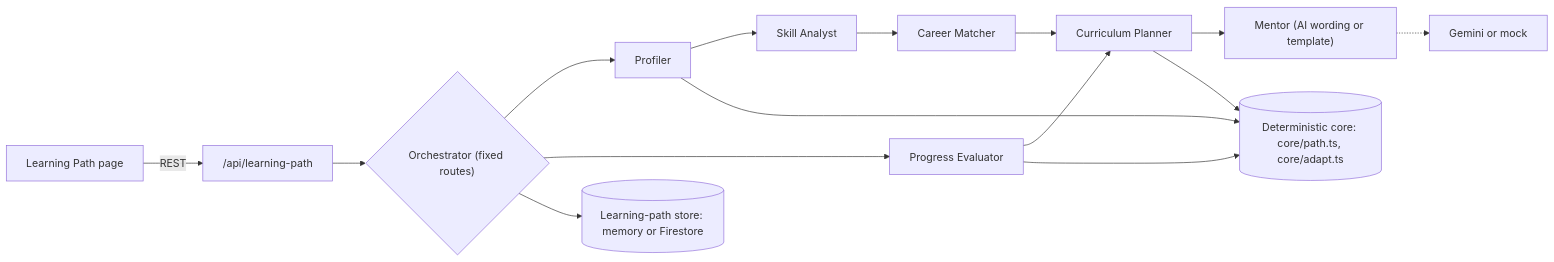
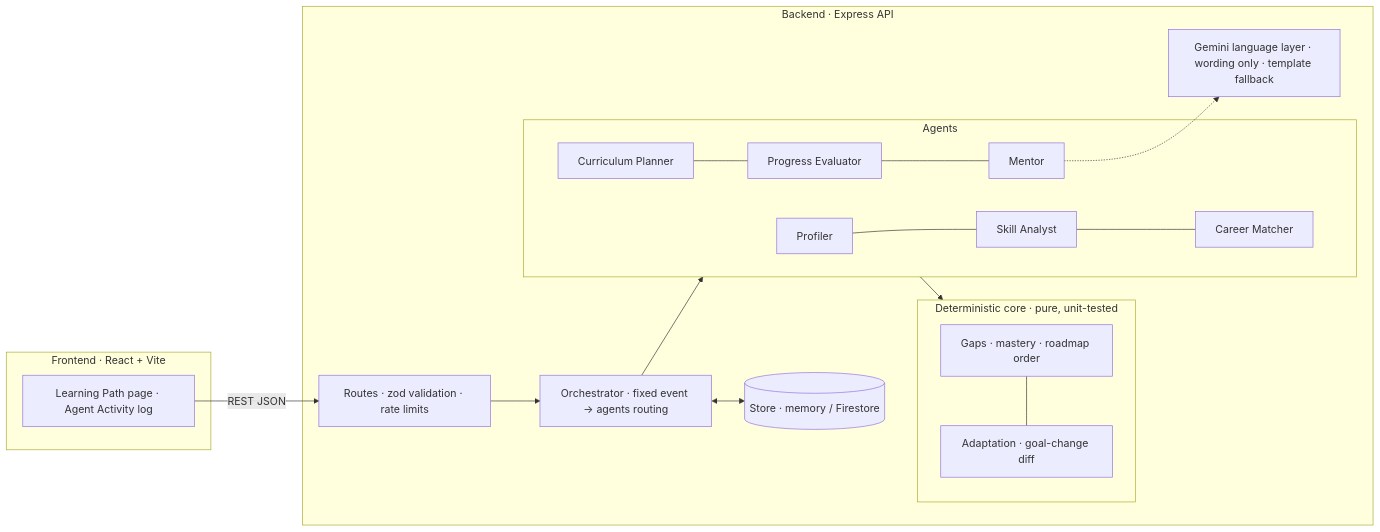
One commit to bsrikumar855-dot/UNBLUFF-PROMPTWAR changed the diagram in README.md. Above: the diagram before and after it, drawn with Mermaid. The commit also changed other lines of this file, not shown here.

````diff
--- a/README.md
+++ b/README.md
@@ -56,13 +94,23 @@
 ```mermaid
 flowchart LR
-  UI["Learning Path page"] -->|REST| API["/api/learning-path"]
-  API --> O{"Orchestrator (fixed routes)"}
-  O --> PR["Profiler"] --> SA["Skill Analyst"] --> CM["Career Matcher"] --> CP["Curriculum Planner"]
-  O --> PE["Progress Evaluator"] --> CP
-  CP --> MN["Mentor (AI wording or template)"]
-  PR --> CORE[("Deterministic core: core/path.ts, core/adapt.ts")]
-  PE --> CORE
-  CP --> CORE
-  MN -.-> LLM["Gemini or mock"]
-  O --> ST[("Learning-path store: memory or Firestore")]
+  subgraph FE[Frontend · React + Vite]
+    UI[Learning Path page · Agent Activity log]
+  end
+  subgraph BE[Backend · Express API]
+    API[Routes · zod validation · rate limits]
+    ORCH[Orchestrator · fixed event → agents routing]
+    subgraph AG[Agents]
+      A1[Profiler] --- A2[Skill Analyst] --- A3[Career Matcher]
+      A4[Curriculum Planner] --- A5[Progress Evaluator] --- A6[Mentor]
+    end
+    subgraph CORE[Deterministic core · pure, unit-tested]
+      C1[Gaps · mastery · roadmap order] --- C2[Adaptation · goal-change diff]
+    end
+    LLM[Gemini language layer · wording only · template fallback]
+    ST[(Store · memory / Firestore)]
+  end
+  UI -->|REST JSON| API --> ORCH --> AG
+  AG --> CORE
+  A6 -.-> LLM
+  ORCH <--> ST
 ```
````
